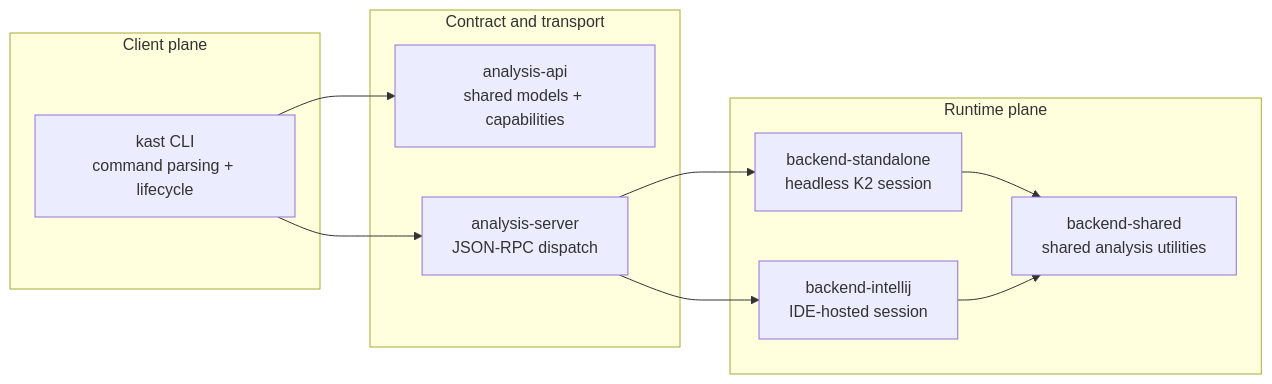
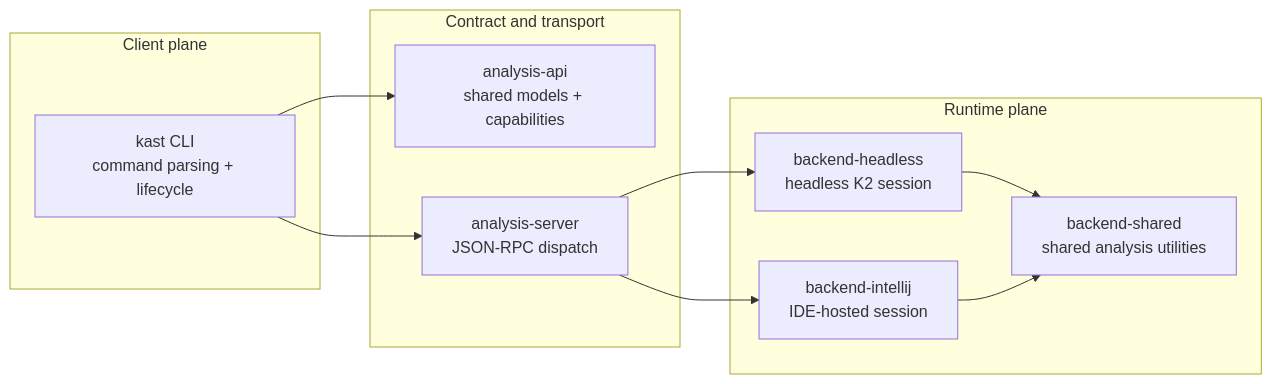
The first of 3 diagrams in docs/architecture/how-it-works.md (amichne/kast), drawn with Mermaid before and after one commit. The commit also changed other lines of this file and 252 other files, not shown here.

Commit message:
refactor: retire standalone backend

````diff
--- a/docs/architecture/how-it-works.md
+++ b/docs/architecture/how-it-works.md
@@ -32,24 +32,24 @@
 ```mermaid
 flowchart LR
     subgraph "Client plane"
       CLI["kast CLI<br/>command parsing + lifecycle"]
     end
 
     subgraph "Contract and transport"
       API["analysis-api<br/>shared models + capabilities"]
       SERVER["analysis-server<br/>JSON-RPC dispatch"]
     end
 
     subgraph "Runtime plane"
-      STANDALONE["backend-standalone<br/>headless K2 session"]
+      HEADLESS["backend-headless<br/>headless K2 session"]
       IDEA["backend-intellij<br/>IDE-hosted session"]
       SHARED["backend-shared<br/>shared analysis utilities"]
     end
 
     CLI --> API
     CLI --> SERVER
-    SERVER --> STANDALONE
+    SERVER --> HEADLESS
     SERVER --> IDEA
-    STANDALONE --> SHARED
+    HEADLESS --> SHARED
     IDEA --> SHARED
 ```
````
